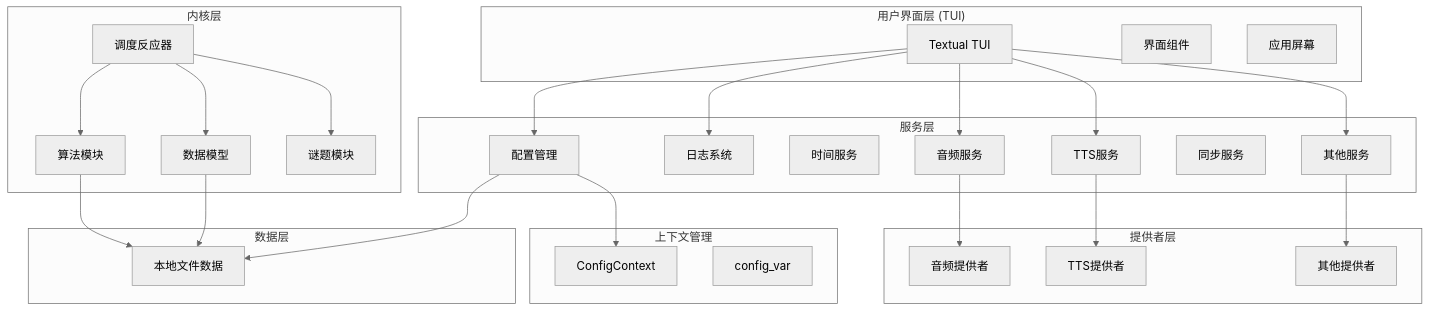
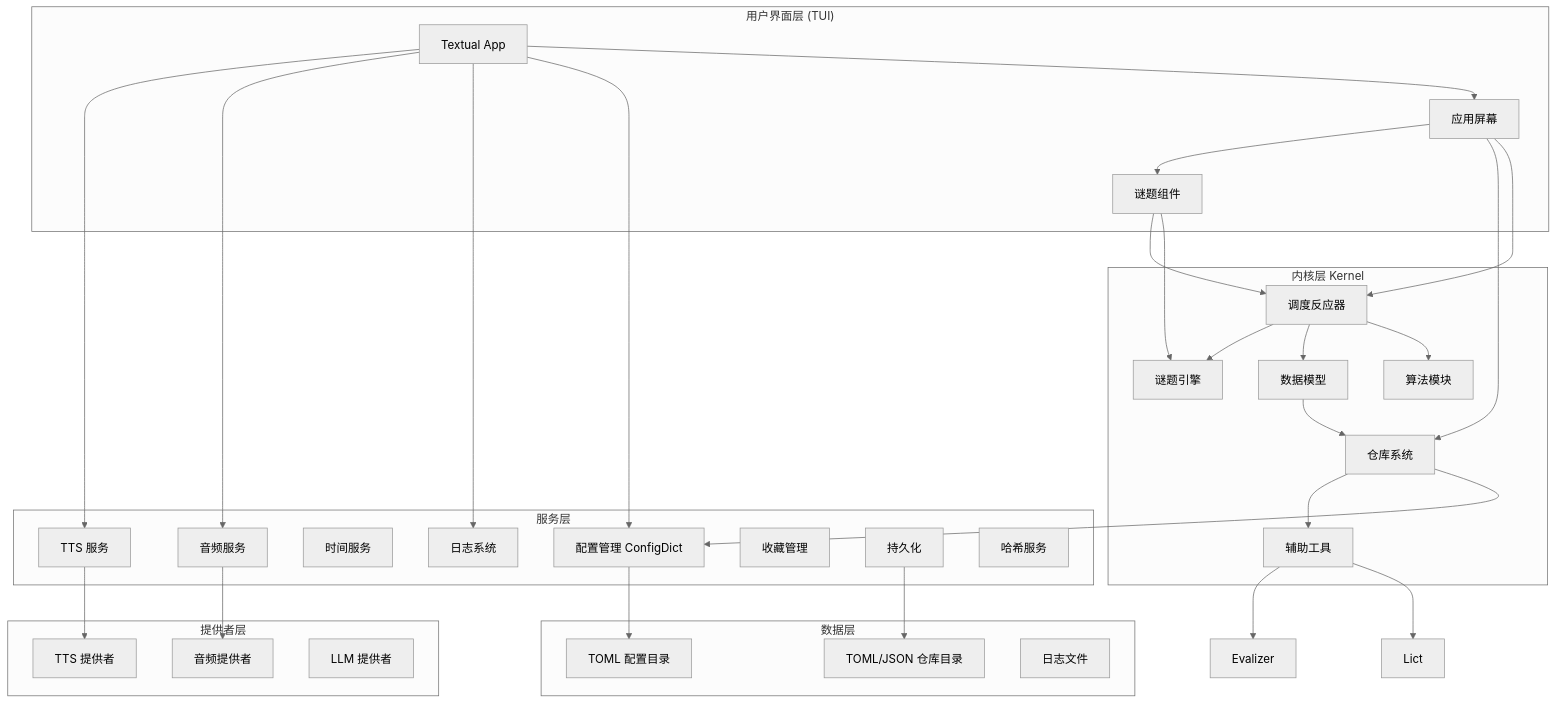
Before and after one commit to pluvium27/HeurAMS: the first of 5 diagrams in ARCHITECTURE.md, drawn with Mermaid (neutral theme). The commit also changed other lines of this file and 22 other files, not shown here.

````diff
--- a/ARCHITECTURE.md
+++ b/ARCHITECTURE.md
@@ -7,56 +3,63 @@
 ```mermaid
 graph TB
     subgraph "用户界面层 (TUI)"
-        TUI[Textual TUI]
-        Widgets[界面组件]
+        TUI[Textual App]
         Screens[应用屏幕]
+        Widgets[谜题组件]
+    end
+
+    subgraph "内核层 Kernel"
+        Reactor[调度反应器]
+        Algorithms[算法模块]
+        Particles[数据模型]
+        Puzzles[谜题引擎]
+        RepoLib[仓库系统]
+        Auxiliary[辅助工具]
     end
 
     subgraph "服务层"
-        Config[配置管理]
+        Config[配置管理 ConfigDict]
         Logger[日志系统]
         Timer[时间服务]
-        AudioService[音频服务]
-        TTSService[TTS服务]
-        SyncService[同步服务]
-        OtherServices[其他服务]
-    end
-
-    subgraph "内核层"
-        Algorithms[算法模块]
-        Particles[数据模型]
-        Puzzles[谜题模块]
-        Reactor[调度反应器]
+        Audio[音频服务]
+        TTS[TTS 服务]
+        Favorites[收藏管理]
+        Attic[持久化]
+        Hasher[哈希服务]
     end
 
     subgraph "提供者层"
-        AudioProvider[音频提供者]
-        TTSProvider[TTS提供者]
-        OtherProviders[其他提供者]
+        AudioProv[音频提供者]
+        TTSProv[TTS 提供者]
+        LLMProv[LLM 提供者]
     end
 
     subgraph "数据层"
-        Files[本地文件数据]
+        RepoDir[TOML/JSON 仓库目录]
+        ConfigDir[TOML 配置目录]
+        Logs[日志文件]
     end
 
-    subgraph "上下文管理"
-        Context[ConfigContext]
-        CtxVar[config_var]
-    end
-
-    TUI --> Config
-    TUI --> Logger
-    TUI --> AudioService
-    TUI --> TTSService
-    TUI --> OtherServices
-    Config --> Files
-    Config --> Context
-    AudioService --> AudioProvider
-    TTSService --> TTSProvider
-    OtherServices --> OtherProviders
+    TUI --> Screens
+    Screens --> Reactor
+    Screens --> RepoLib
+    Screens --> Widgets
+    Widgets --> Puzzles
+    Widgets --> Reactor
     Reactor --> Algorithms
     Reactor --> Particles
     Reactor --> Puzzles
-    Particles --> Files
-    Algorithms --> Files
+    Particles --> RepoLib
+    RepoLib --> Config
+    RepoLib --> Auxiliary
+    Auxiliary --> Lict
+    Auxiliary --> Evalizer
+    TUI --> Config
+    TUI --> Logger
+    TUI --> Audio
+    TUI --> TTS
+    Config --> ConfigDir
+    Audio --> AudioProv
+    TTS --> TTSProv
+    Attic --> RepoDir
 ```
````
